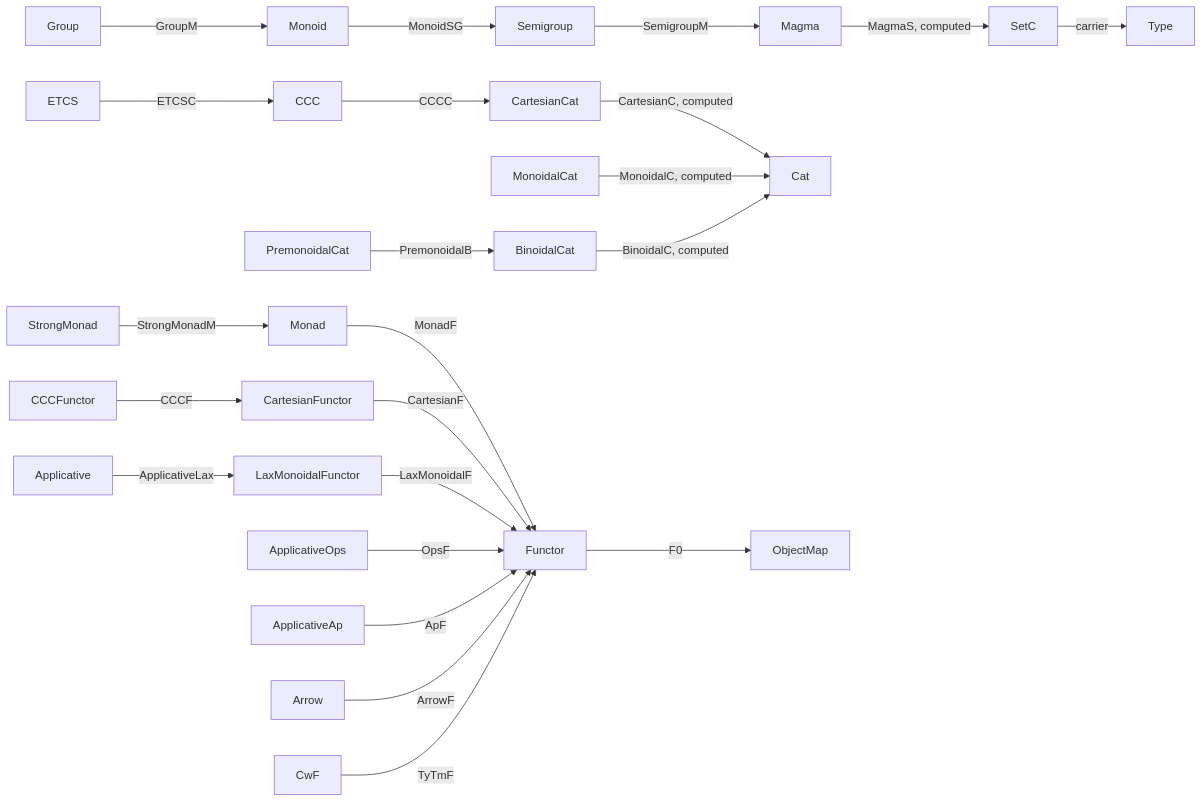
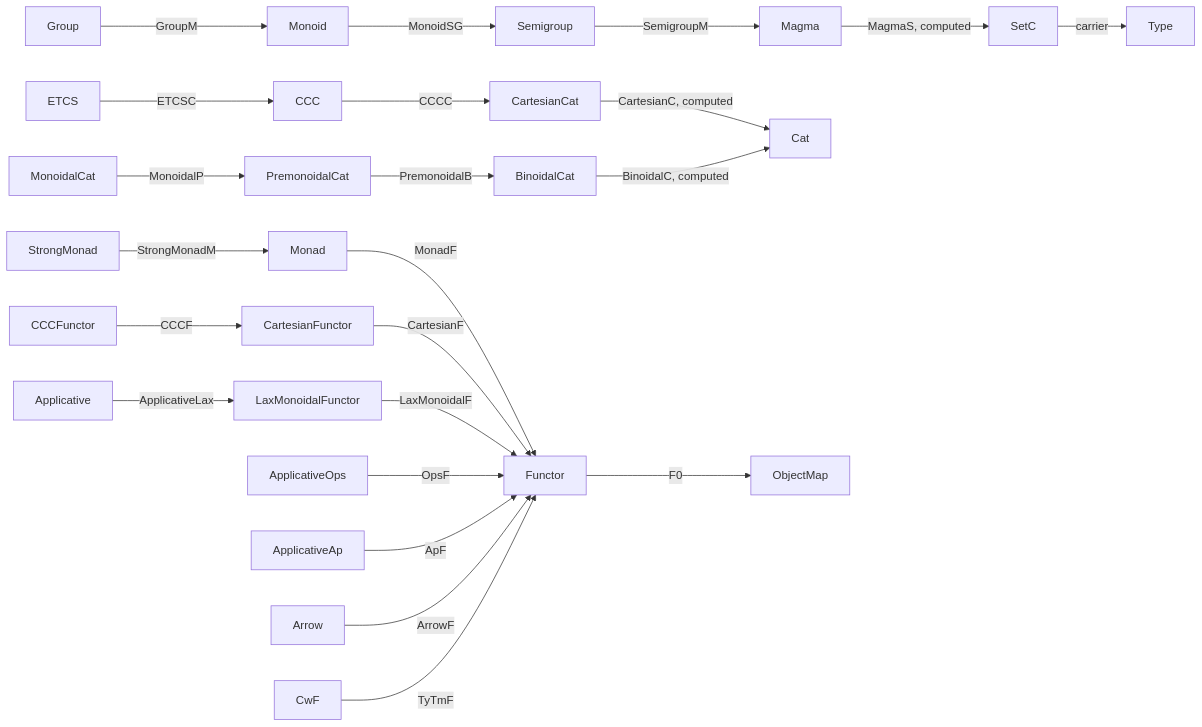
One commit to Godalin/rocq-cats changed the diagram in docs/BundledInterfaces.md. Above: the diagram before and after it, drawn with Mermaid. The commit also changed other lines of this file and 23 other files, not shown here.

First line of the commit message:
Inherit premonoidal structure and derive the monoidal tensor

````diff
--- a/docs/BundledInterfaces.md
+++ b/docs/BundledInterfaces.md
@@ -685,25 +685,25 @@
 ```mermaid
 flowchart LR
   Group -->|GroupM| Monoid
   Monoid -->|MonoidSG| Semigroup
   Semigroup -->|SemigroupM| Magma
   Magma -->|MagmaS, computed| SetC
   SetC -->|carrier| Type
   ETCS -->|ETCSC| CCC
   CCC -->|CCCC| CartesianCat
   CartesianCat -->|CartesianC, computed| Cat
-  MonoidalCat -->|MonoidalC, computed| Cat
+  MonoidalCat -->|MonoidalP| PremonoidalCat
   PremonoidalCat -->|PremonoidalB| BinoidalCat
   BinoidalCat -->|BinoidalC, computed| Cat
   StrongMonad -->|StrongMonadM| Monad
   Monad -->|MonadF| Functor
   CCCFunctor -->|CCCF| CartesianFunctor
   CartesianFunctor -->|CartesianF| Functor
   Applicative -->|ApplicativeLax| LaxMonoidalFunctor
   LaxMonoidalFunctor -->|LaxMonoidalF| Functor
   ApplicativeOps -->|OpsF| Functor
   ApplicativeAp -->|ApF| Functor
   Arrow -->|ArrowF| Functor
   CwF -->|TyTmF| Functor
   Functor -->|F0| ObjectMap
 ```
````
